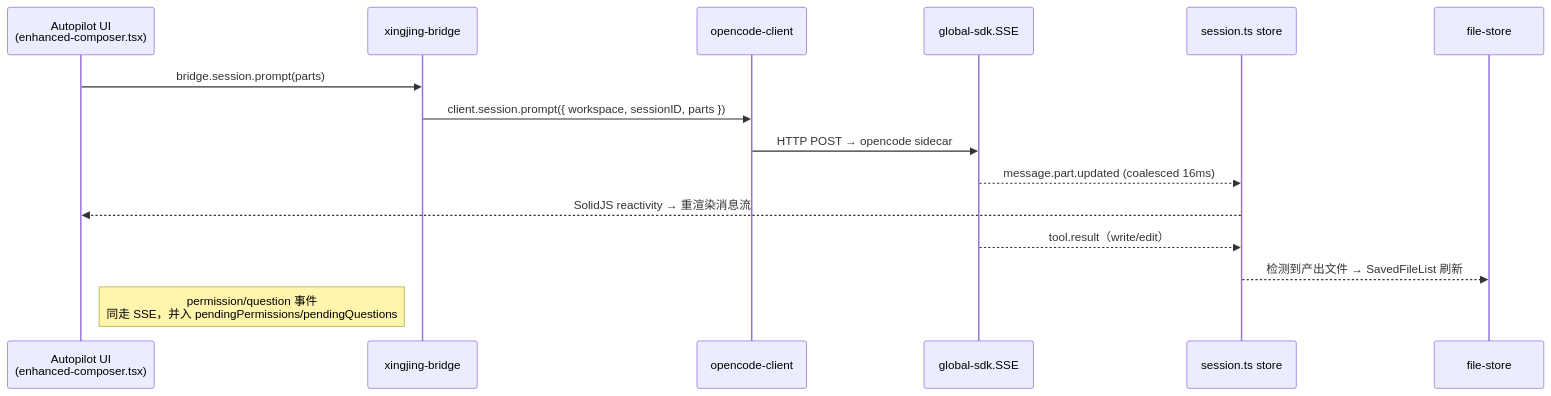
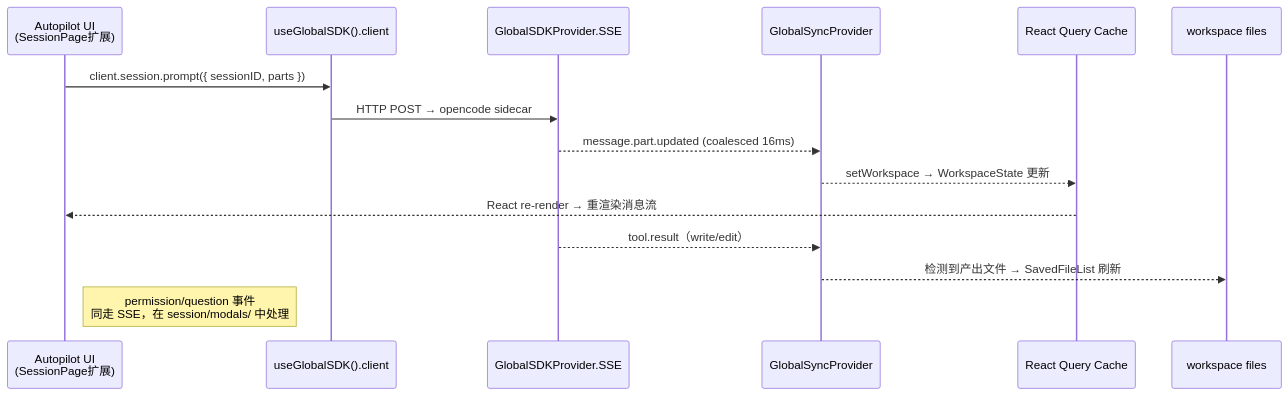
Before and after one commit to kaka89/harnesswork: the third of 3 diagrams in docs/00-overview.md, drawn with Mermaid. The commit also changed other lines of this file and 18 other files, not shown here.

````diff
--- a/docs/00-overview.md
+++ b/docs/00-overview.md
@@ -162,18 +170,18 @@
 ```mermaid
 sequenceDiagram
-  participant UI as Autopilot UI<br/>(enhanced-composer.tsx)
-  participant Bridge as xingjing-bridge
-  participant SDK as opencode-client
-  participant SSE as global-sdk.SSE
-  participant Store as session.ts store
-  participant FS as file-store
+  participant UI as Autopilot UI<br/>(SessionPage扩展)
+  participant SDK as useGlobalSDK().client
+  participant SSE as GlobalSDKProvider.SSE
+  participant Sync as GlobalSyncProvider
+  participant QC as React Query Cache
+  participant FS as workspace files
 
-  UI->>Bridge: bridge.session.prompt(parts)
-  Bridge->>SDK: client.session.prompt({ workspace, sessionID, parts })
+  UI->>SDK: client.session.prompt({ sessionID, parts })
   SDK->>SSE: HTTP POST → opencode sidecar
-  SSE-->>Store: message.part.updated (coalesced 16ms)
-  Store-->>UI: SolidJS reactivity → 重渲染消息流
-  SSE-->>Store: tool.result（write/edit）
-  Store-->>FS: 检测到产出文件 → SavedFileList 刷新
-  Note right of UI: permission/question 事件<br/>同走 SSE，并入 pendingPermissions/pendingQuestions
+  SSE-->>Sync: message.part.updated (coalesced 16ms)
+  Sync-->>QC: setWorkspace → WorkspaceState 更新
+  QC-->>UI: React re-render → 重渲染消息流
+  SSE-->>Sync: tool.result（write/edit）
+  Sync-->>FS: 检测到产出文件 → SavedFileList 刷新
+  Note right of UI: permission/question 事件<br/>同走 SSE，在 session/modals/ 中处理
 ```
````
